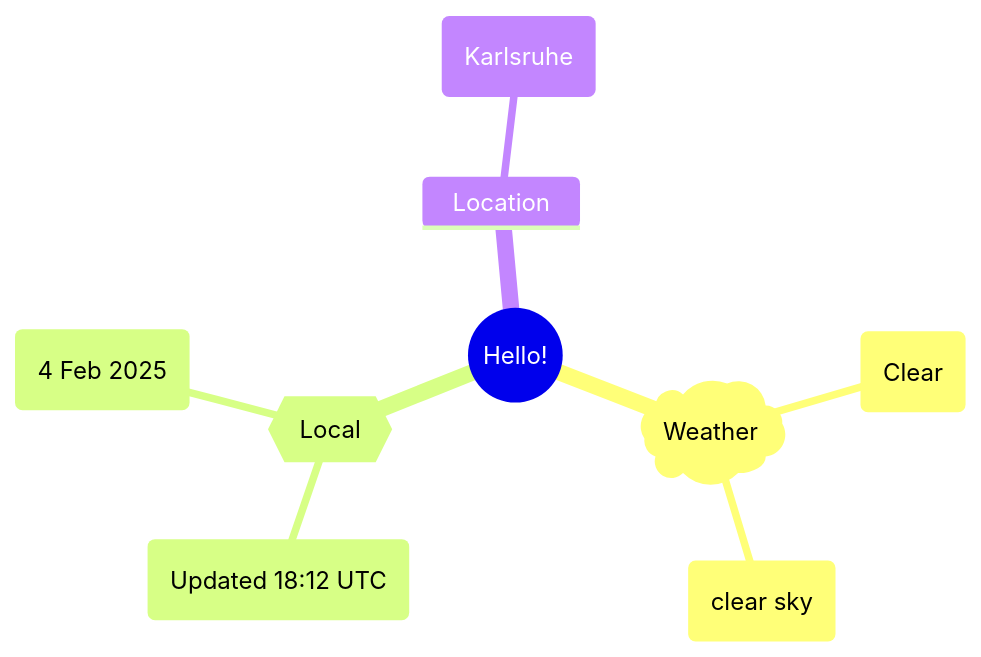
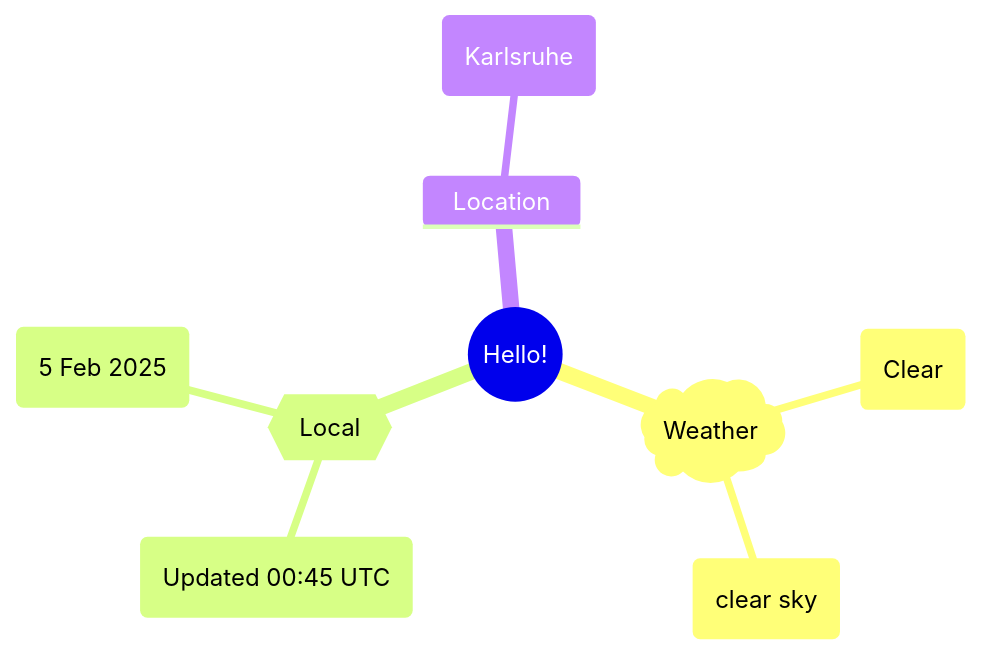
One commit to Xosrov/Xosrov changed the first of 2 diagrams in README.md. Above: the diagram before and after it, drawn with Mermaid.

Commit message:
[bot] updated images

````diff
--- a/README.md
+++ b/README.md
@@ -3,12 +3,12 @@
 ```mermaid
 mindmap
   root((Hello!))
     )Weather(
         (Clear)
         (clear sky)
     {{Local}}
-        (Updated 18:12 UTC)
-        (4 Feb 2025)
+        (Updated 00:45 UTC)
+        (5 Feb 2025)
     Location
         (Karlsruhe)
 ```
````
